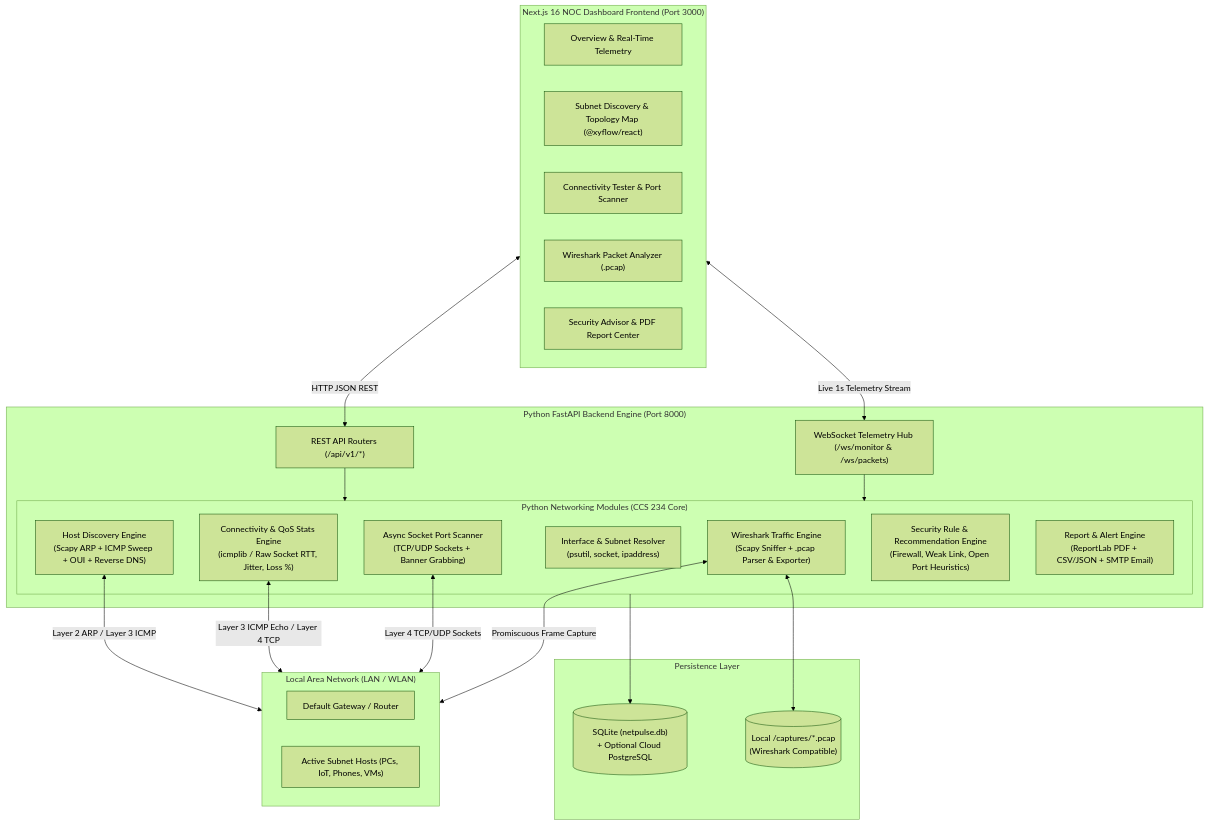
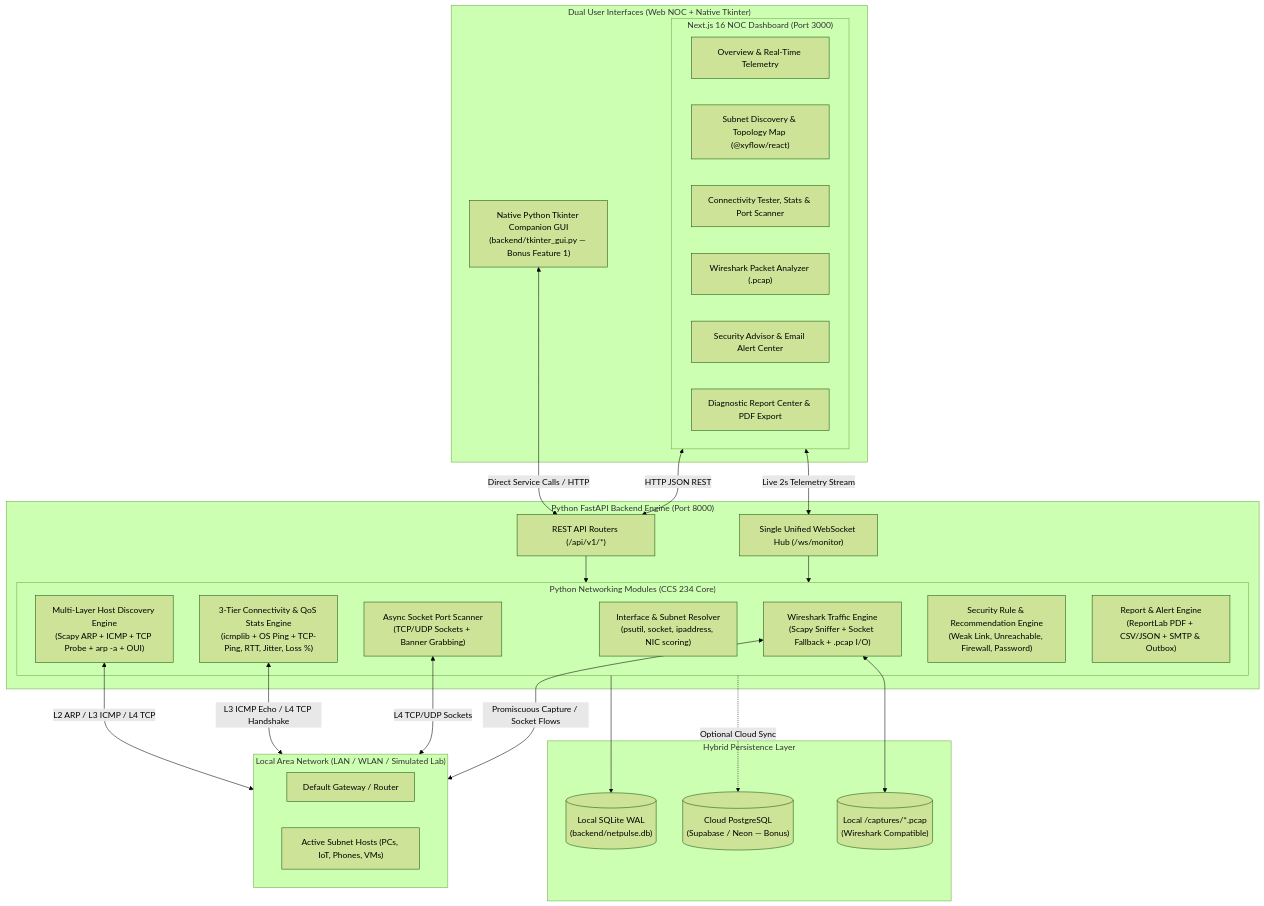
One commit to dallqq/sir-orly changed the diagram in implementation-plan/01-TECH-STACK-AND-ARCHITECTURE.md. Above: the diagram before and after it, drawn with Mermaid (forest theme). The commit also changed other lines of this file and 11 other files, not shown here.

````diff
--- a/implementation-plan/01-TECH-STACK-AND-ARCHITECTURE.md
+++ b/implementation-plan/01-TECH-STACK-AND-ARCHITECTURE.md
@@ -58,46 +54,53 @@
 ```mermaid
 flowchart TB
-    subgraph Client["Next.js 16 NOC Dashboard Frontend (Port 3000)"]
-        UI_Dash["Overview & Real-Time Telemetry"]
-        UI_Disc["Subnet Discovery & Topology Map (@xyflow/react)"]
-        UI_Ping["Connectivity Tester & Port Scanner"]
-        UI_Pcap["Wireshark Packet Analyzer (.pcap)"]
-        UI_Sec["Security Advisor & PDF Report Center"]
+    subgraph Clients["Dual User Interfaces (Web NOC + Native Tkinter)"]
+        subgraph WebUI["Next.js 16 NOC Dashboard (Port 3000)"]
+            UI_Dash["Overview & Real-Time Telemetry"]
+            UI_Disc["Subnet Discovery & Topology Map (@xyflow/react)"]
+            UI_Ping["Connectivity Tester, Stats & Port Scanner"]
+            UI_Pcap["Wireshark Packet Analyzer (.pcap)"]
+            UI_Sec["Security Advisor & Email Alert Center"]
+            UI_Rep["Diagnostic Report Center & PDF Export"]
+        end
+        TkGUI["Native Python Tkinter Companion GUI\n(backend/tkinter_gui.py — Bonus Feature 1)"]
     end
 
     subgraph API["Python FastAPI Backend Engine (Port 8000)"]
         REST["REST API Routers (/api/v1/*)"]
-        WS["WebSocket Telemetry Hub (/ws/monitor & /ws/packets)"]
+        WS["Single Unified WebSocket Hub (/ws/monitor)"]
         
         subgraph CoreModules["Python Networking Modules (CCS 234 Core)"]
-            M_NIC["Interface & Subnet Resolver\n(psutil, socket, ipaddress)"]
-            M_ARP["Host Discovery Engine\n(Scapy ARP + ICMP Sweep + OUI + Reverse DNS)"]
-            M_PING["Connectivity & QoS Stats Engine\n(icmplib / Raw Socket RTT, Jitter, Loss %)"]
+            M_NIC["Interface & Subnet Resolver\n(psutil, socket, ipaddress, NIC scoring)"]
+            M_ARP["Multi-Layer Host Discovery Engine\n(Scapy ARP + ICMP + TCP Probe + arp -a + OUI)"]
+            M_PING["3-Tier Connectivity & QoS Stats Engine\n(icmplib + OS Ping + TCP-Ping, RTT, Jitter, Loss %)"]
             M_PORT["Async Socket Port Scanner\n(TCP/UDP Sockets + Banner Grabbing)"]
-            M_PCAP["Wireshark Traffic Engine\n(Scapy Sniffer + .pcap Parser & Exporter)"]
-            M_SEC["Security Rule & Recommendation Engine\n(Firewall, Weak Link, Open Port Heuristics)"]
-            M_REP["Report & Alert Engine\n(ReportLab PDF + CSV/JSON + SMTP Email)"]
+            M_PCAP["Wireshark Traffic Engine\n(Scapy Sniffer + Socket Fallback + .pcap I/O)"]
+            M_SEC["Security Rule & Recommendation Engine\n(Weak Link, Unreachable, Firewall, Password)"]
+            M_REP["Report & Alert Engine\n(ReportLab PDF + CSV/JSON + SMTP & Outbox)"]
         end
     end
 
-    subgraph Storage["Persistence Layer"]
-        DB[("SQLite (netpulse.db)\n+ Optional Cloud PostgreSQL")]
+    subgraph Storage["Hybrid Persistence Layer"]
+        DB_Local[("Local SQLite WAL\n(backend/netpulse.db)")]
+        DB_Cloud[("Cloud PostgreSQL\n(Supabase / Neon — Bonus)")]
         PCAP_FS[("Local /captures/*.pcap\n(Wireshark Compatible)")]
     end
 
-    subgraph TargetNet["Local Area Network (LAN / WLAN)"]
+    subgraph TargetNet["Local Area Network (LAN / WLAN / Simulated Lab)"]
         GW["Default Gateway / Router"]
         HOSTS["Active Subnet Hosts (PCs, IoT, Phones, VMs)"]
     end
 
-    Client <-->|"HTTP JSON REST"| REST
-    Client <-->|"Live 1s Telemetry Stream"| WS
+    WebUI <-->|"HTTP JSON REST"| REST
+    WebUI <-->|"Live 2s Telemetry Stream"| WS
+    TkGUI <-->|"Direct Service Calls / HTTP"| REST
     REST --> CoreModules
     WS --> CoreModules
-    CoreModules --> DB
+    CoreModules --> DB_Local
+    CoreModules -.->|"Optional Cloud Sync"| DB_Cloud
     M_PCAP <--> PCAP_FS
-    M_ARP <-->|"Layer 2 ARP / Layer 3 ICMP"| TargetNet
-    M_PING <-->|"Layer 3 ICMP Echo / Layer 4 TCP"| TargetNet
-    M_PORT <-->|"Layer 4 TCP/UDP Sockets"| TargetNet
-    M_PCAP <-->|"Promiscuous Frame Capture"| TargetNet
+    M_ARP <-->|"L2 ARP / L3 ICMP / L4 TCP"| TargetNet
+    M_PING <-->|"L3 ICMP Echo / L4 TCP Handshake"| TargetNet
+    M_PORT <-->|"L4 TCP/UDP Sockets"| TargetNet
+    M_PCAP <-->|"Promiscuous Capture / Socket Flows"| TargetNet
 ```
````
